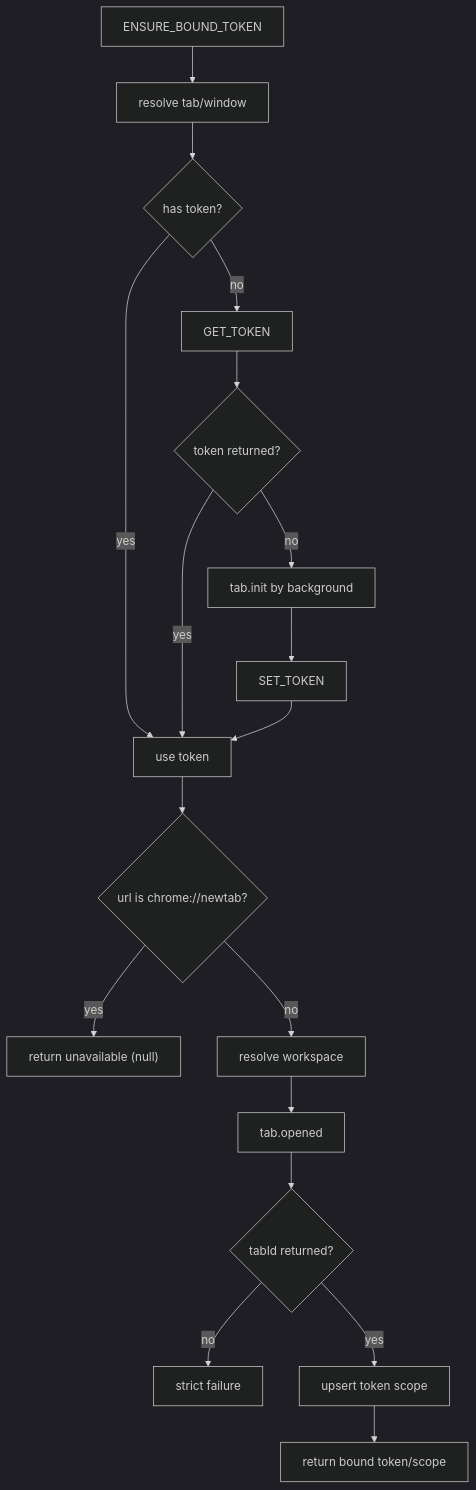
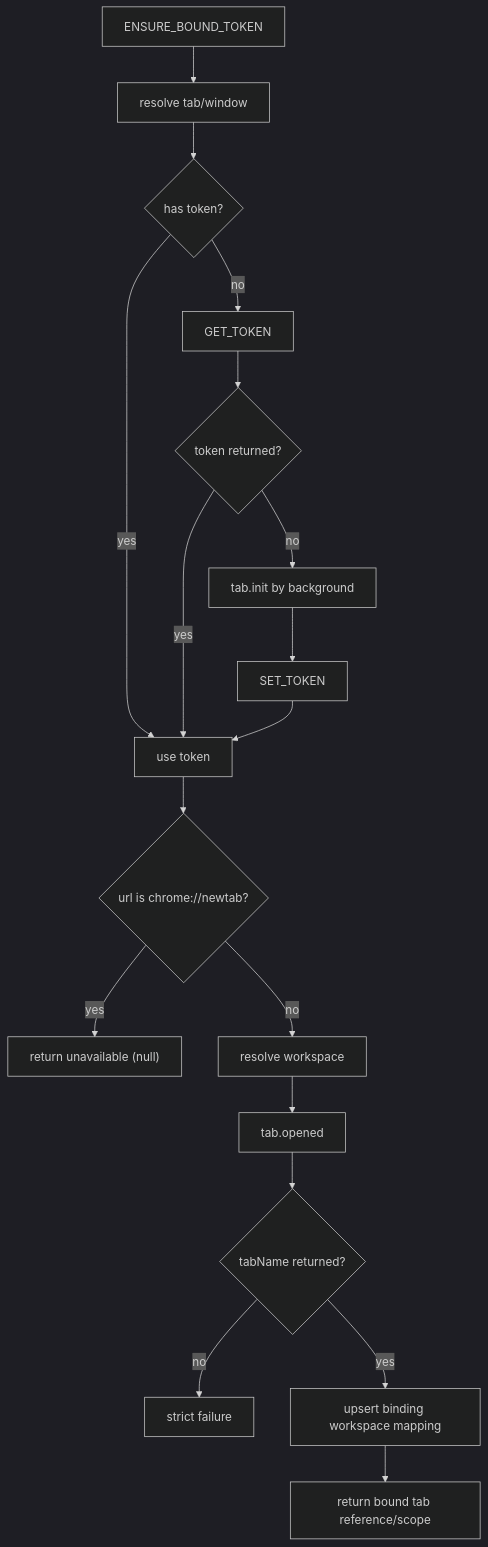
Before and after one commit to Aromatic05/rpa-browser: the second of 3 diagrams in docs/Runtime/WorkspaceAndTab.md, drawn with Mermaid (dark theme). The commit also changed other lines of this file and 82 other files, not shown here.

````diff
--- a/docs/Runtime/WorkspaceAndTab.md
+++ b/docs/Runtime/WorkspaceAndTab.md
@@ -95,21 +95,21 @@
 ```mermaid
 flowchart TD
   A["ENSURE_BOUND_TOKEN"] --> B["resolve tab/window"]
   B --> C{"has token?"}
   C -- yes --> D["use token"]
   C -- no --> E["GET_TOKEN"]
   E --> F{"token returned?"}
   F -- yes --> D
   F -- no --> G["tab.init by background"]
   G --> H["SET_TOKEN"]
   H --> D
 
   D --> I{"url is chrome://newtab?"}
   I -- yes --> J["return unavailable (null)"]
   I -- no --> K["resolve workspace"]
   K --> L["tab.opened"]
-  L --> M{"tabId returned?"}
+  L --> M{"tabName returned?"}
   M -- no --> N["strict failure"]
-  M -- yes --> O["upsert token scope"]
-  O --> P["return bound token/scope"]
+  M -- yes --> O["upsert binding workspace mapping"]
+  O --> P["return bound tab reference/scope"]
 ```
````
